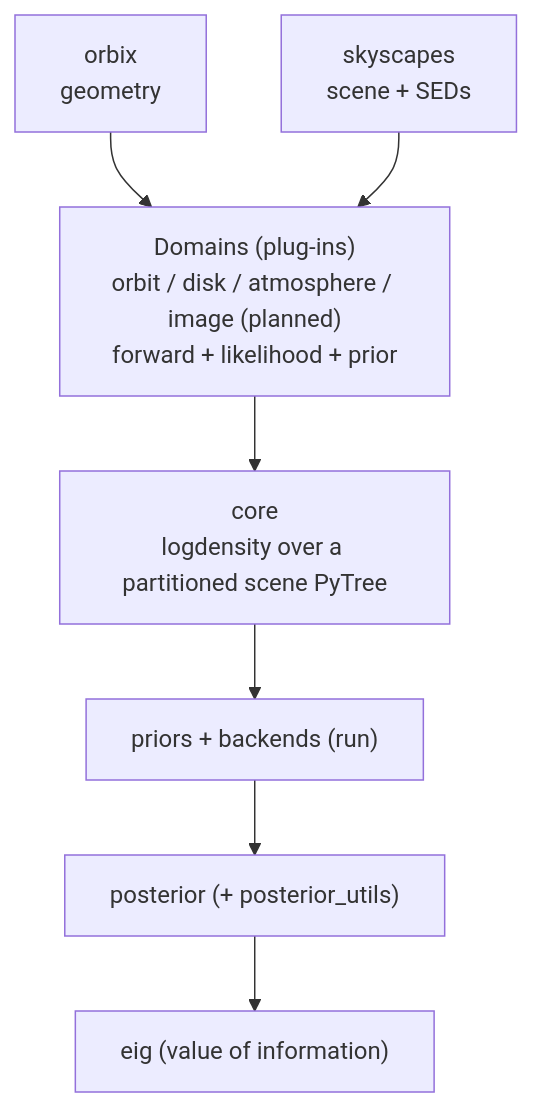
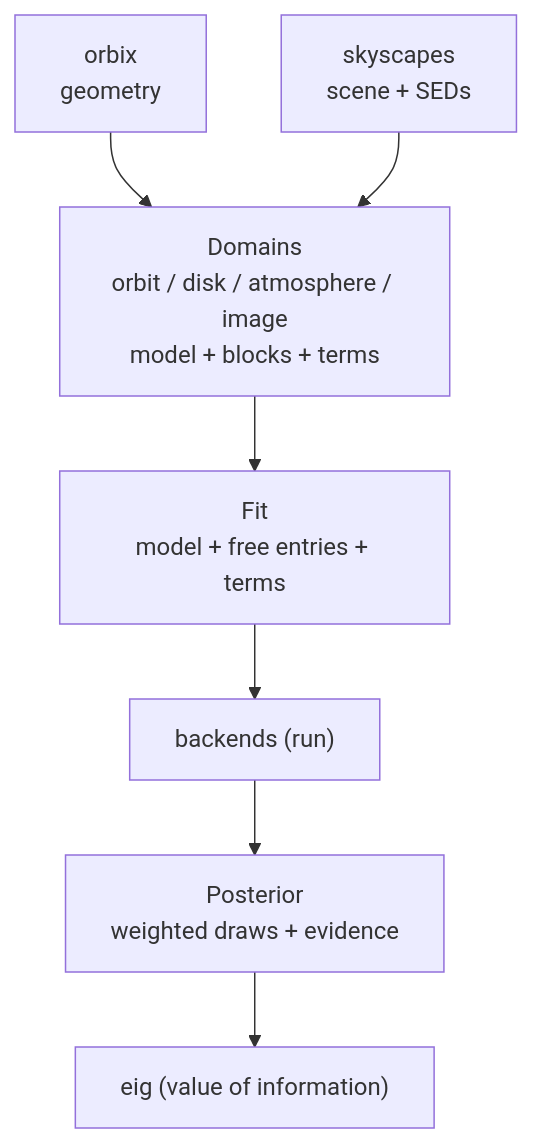
Before and after one commit to CoreySpohn/photomancy: the diagram in docs/explanation/architecture.md, drawn with Mermaid. The commit also changed other lines of this file and 1 other file, not shown here.

Commit message:
docs: describe the fit, term and Posterior API in architecture and glossary

````diff
--- a/docs/explanation/architecture.md
+++ b/docs/explanation/architecture.md
@@ -45,17 +50,17 @@
 ```mermaid
 flowchart TB
     orbix["orbix<br/>geometry"]
     skyscapes["skyscapes<br/>scene + SEDs"]
-    domains["Domains (plug-ins)<br/>orbit / disk / atmosphere / image (planned)<br/>forward + likelihood + prior"]
-    core["core<br/>logdensity over a partitioned scene PyTree"]
-    backends["priors + backends (run)"]
-    posterior["posterior (+ posterior_utils)"]
+    domains["Domains<br/>orbit / disk / atmosphere / image<br/>model + blocks + terms"]
+    fit["Fit<br/>model + free entries + terms"]
+    backends["backends (run)"]
+    posterior["Posterior<br/>weighted draws + evidence"]
     eig["eig (value of information)"]
 
     orbix --> domains
     skyscapes --> domains
-    domains --> core
-    core --> backends
+    domains --> fit
+    fit --> backends
     backends --> posterior
     posterior --> eig
 ```
````
